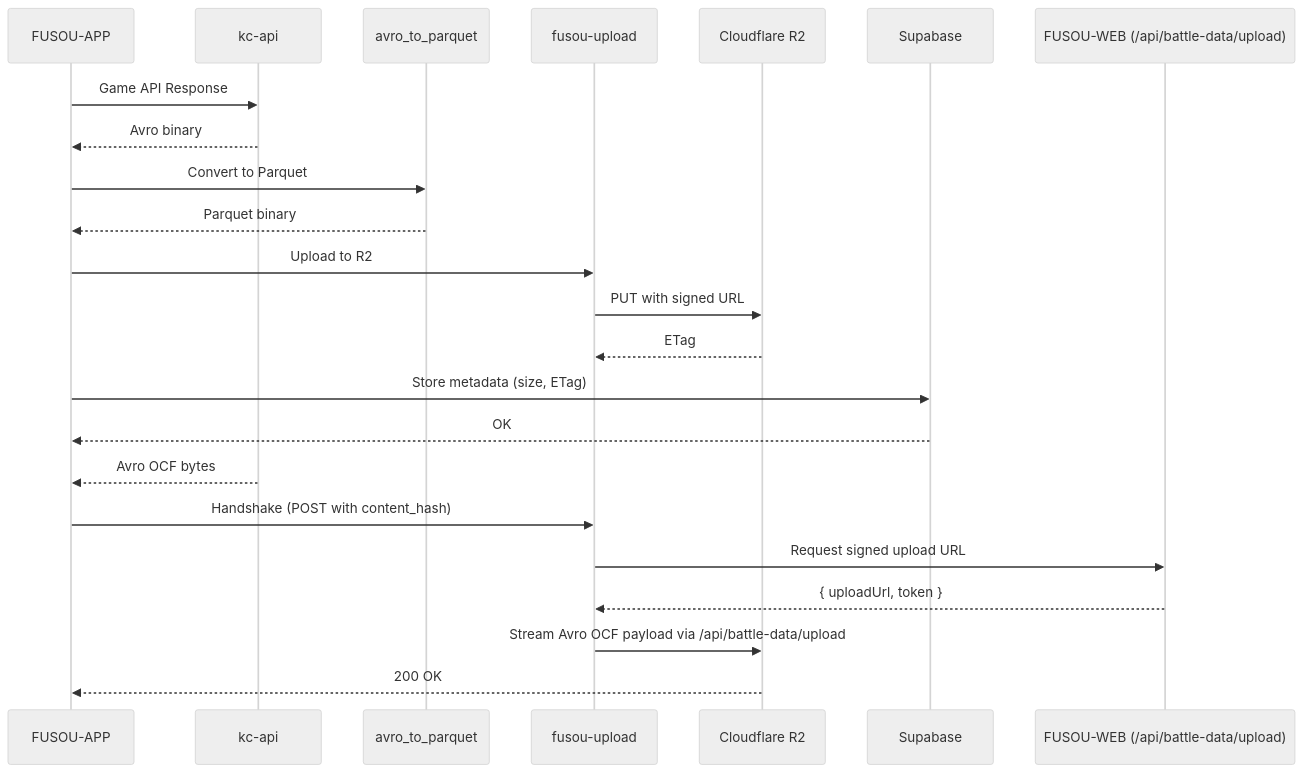
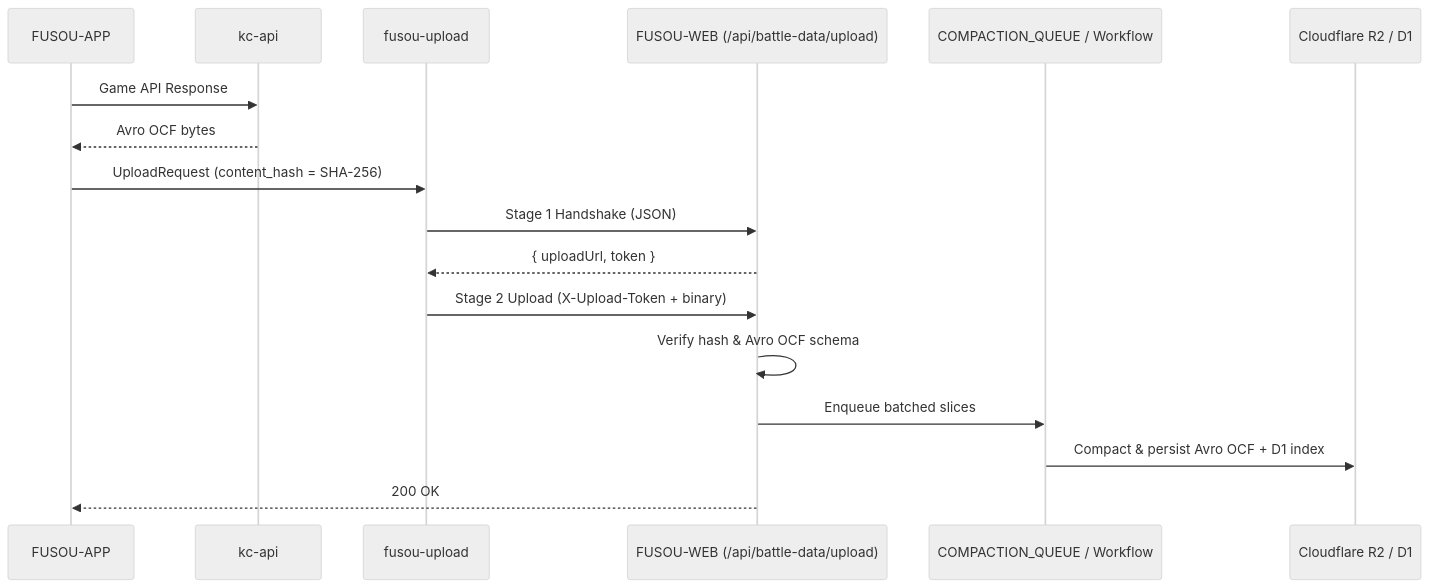
Before and after one commit to tsukasa-u/FUSOU: the second of 6 diagrams in docs/contents/guide/api_overview.md, drawn with Mermaid (neutral theme). The commit also changed other lines of this file, not shown here.

````diff
--- a/docs/contents/guide/api_overview.md
+++ b/docs/contents/guide/api_overview.md
@@ -78,27 +62,20 @@
 ```mermaid
 sequenceDiagram
     participant App as FUSOU-APP
     participant KcApi as kc-api
-    participant Converter as avro_to_parquet
     participant Uploader as fusou-upload
-    participant R2
-    participant Supabase
     participant Api as FUSOU-WEB (/api/battle-data/upload)
-    participant R2 as Cloudflare R2
+    participant Queue as COMPACTION_QUEUE / Workflow
+    participant R2 as Cloudflare R2 / D1
 
     App->>KcApi: Game API Response
-    KcApi-->>App: Avro binary
-    App->>Converter: Convert to Parquet
-    Converter-->>App: Parquet binary
-    App->>Uploader: Upload to R2
-    Uploader->>R2: PUT with signed URL
-    R2-->>Uploader: ETag
-    App->>Supabase: Store metadata (size, ETag)
-    Supabase-->>App: OK
     KcApi-->>App: Avro OCF bytes
-    App->>Uploader: Handshake (POST with content_hash)
-    Uploader->>Api: Request signed upload URL
+    App->>Uploader: UploadRequest (content_hash = SHA-256)
+    Uploader->>Api: Stage 1 Handshake (JSON)
     Api-->>Uploader: { uploadUrl, token }
-    Uploader->>R2: Stream Avro OCF payload via /api/battle-data/upload
-    R2-->>App: 200 OK
+    Uploader->>Api: Stage 2 Upload (X-Upload-Token + binary)
+    Api->>Api: Verify hash & Avro OCF schema
+    Api->>Queue: Enqueue batched slices
+    Queue->>R2: Compact & persist Avro OCF + D1 index
+    Api-->>App: 200 OK
 ```
````
